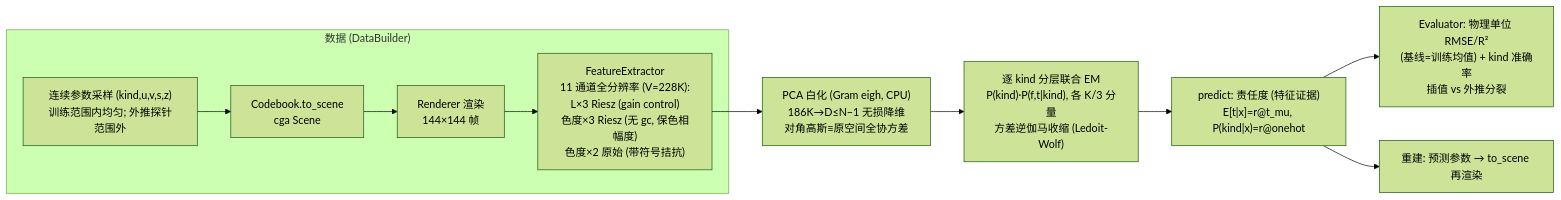
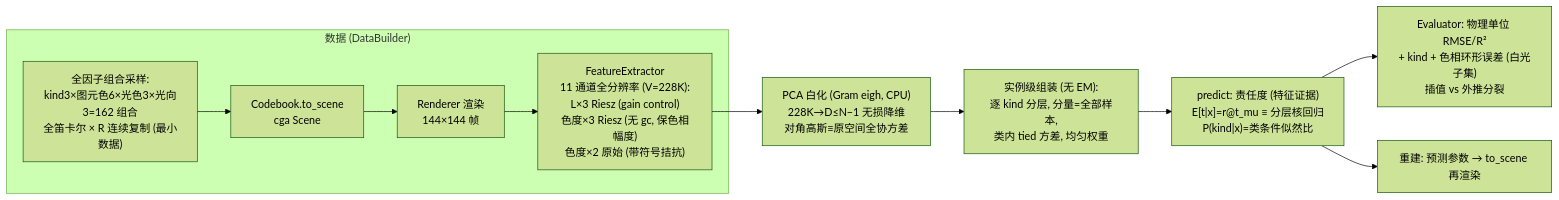
One commit to aki-xavier/conger changed the first of 4 diagrams in docs/architecture.md. Above: the diagram before and after it, drawn with Mermaid (forest theme). The commit also changed other lines of this file and 8 other files, not shown here.

````diff
--- a/docs/architecture.md
+++ b/docs/architecture.md
@@ -17,14 +19,14 @@
 ```mermaid
 flowchart LR
     subgraph DATA["数据 (DataBuilder)"]
-        SAMPLE["连续参数采样 (kind,u,v,s,z)<br/>训练范围内均匀; 外推探针范围外"]
+        SAMPLE["全因子组合采样:<br/>kind3×图元色6×光色3×光向3=162 组合<br/>全笛卡尔 × R 连续复制 (最小数据)"]
         --> SCENE["Codebook.to_scene<br/>cga Scene"]
         SCENE --> RENDER["Renderer 渲染<br/>144×144 帧"]
         RENDER --> FEAT["FeatureExtractor<br/>11 通道全分辨率 (V=228K):<br/>L×3 Riesz (gain control)<br/>色度×3 Riesz (无 gc, 保色相幅度)<br/>色度×2 原始 (带符号拮抗)"]
     end
-    FEAT --> W["PCA 白化 (Gram eigh, CPU)<br/>186K→D≤N−1 无损降维<br/>对角高斯≡原空间全协方差"]
-    W --> EM["逐 kind 分层联合 EM<br/>P(kind)·P(f,t|kind), 各 K/3 分量<br/>方差逆伽马收缩 (Ledoit-Wolf)"]
-    EM --> PRED["predict: 责任度 (特征证据)<br/>E[t|x]=r@t_mu, P(kind|x)=r@onehot"]
-    PRED --> EVAL["Evaluator: 物理单位 RMSE/R²<br/>(基线=训练均值) + kind 准确率<br/>插值 vs 外推分裂"]
+    FEAT --> W["PCA 白化 (Gram eigh, CPU)<br/>228K→D≤N−1 无损降维<br/>对角高斯≡原空间全协方差"]
+    W --> ASM["实例级组装 (无 EM):<br/>逐 kind 分层, 分量=全部样本,<br/>类内 tied 方差, 均匀权重"]
+    ASM --> PRED["predict: 责任度 (特征证据)<br/>E[t|x]=r@t_mu ≡ 分层核回归<br/>P(kind|x)=类条件似然比"]
+    PRED --> EVAL["Evaluator: 物理单位 RMSE/R²<br/>+ kind + 色相环形误差 (白光子集)<br/>插值 vs 外推分裂"]
     PRED --> RECON["重建: 预测参数 → to_scene 再渲染"]
 ```
````
